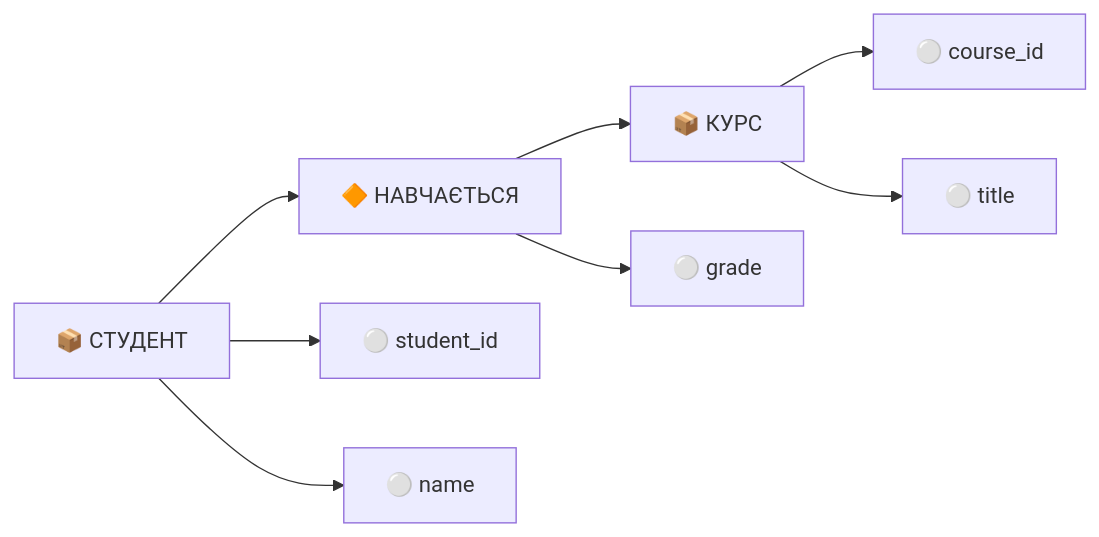
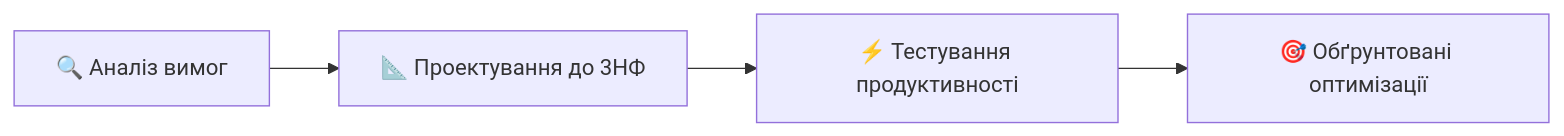
Diagram 14 of 14 in presentations/presentation-05.md (olroi421/course-bd), drawn with Mermaid before and after one commit. The commit also changed other lines of this file and 12 other files, not shown here.

````diff
--- a/presentations/presentation-05.md
+++ b/presentations/presentation-05.md
@@ -550,11 +637,6 @@
 ```mermaid
 graph LR
-    A[📦 СТУДЕНТ] --> B[🔶 НАВЧАЄТЬСЯ]
-    B --> C[📦 КУРС]
-
-    A --> D[⚪ student_id]
-    A --> E[⚪ name]
-    C --> F[⚪ course_id]
-    C --> G[⚪ title]
-    B --> H[⚪ grade]
+    A[🔍 Аналіз вимог] --> B[📐 Проектування до 3НФ]
+    B --> C[⚡ Тестування продуктивності]
+    C --> D[🎯 Обґрунтовані оптимізації]
 ```
````
